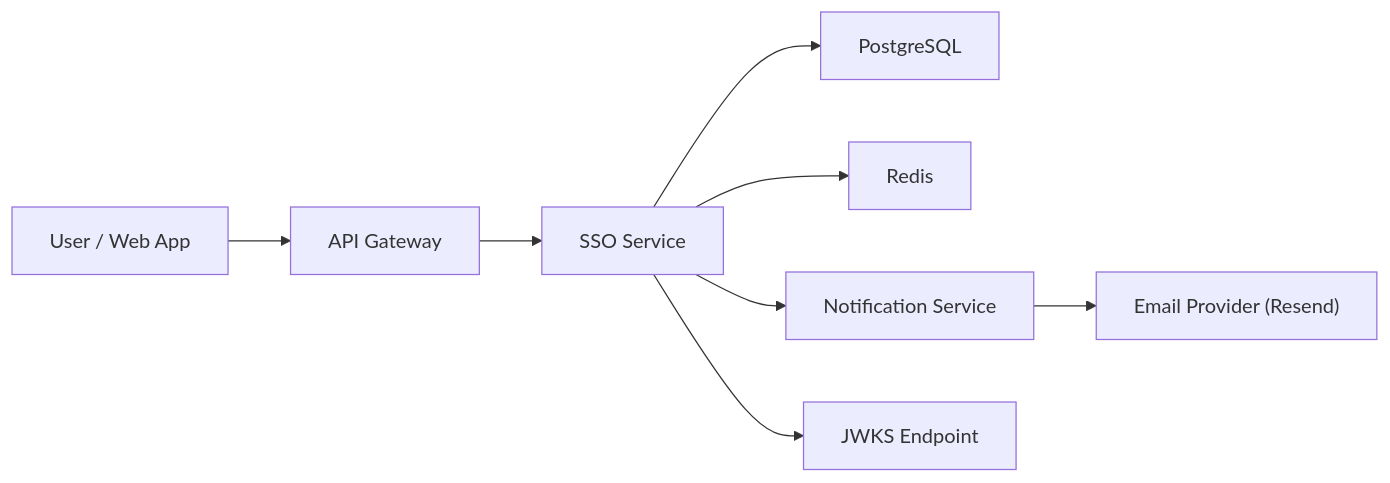
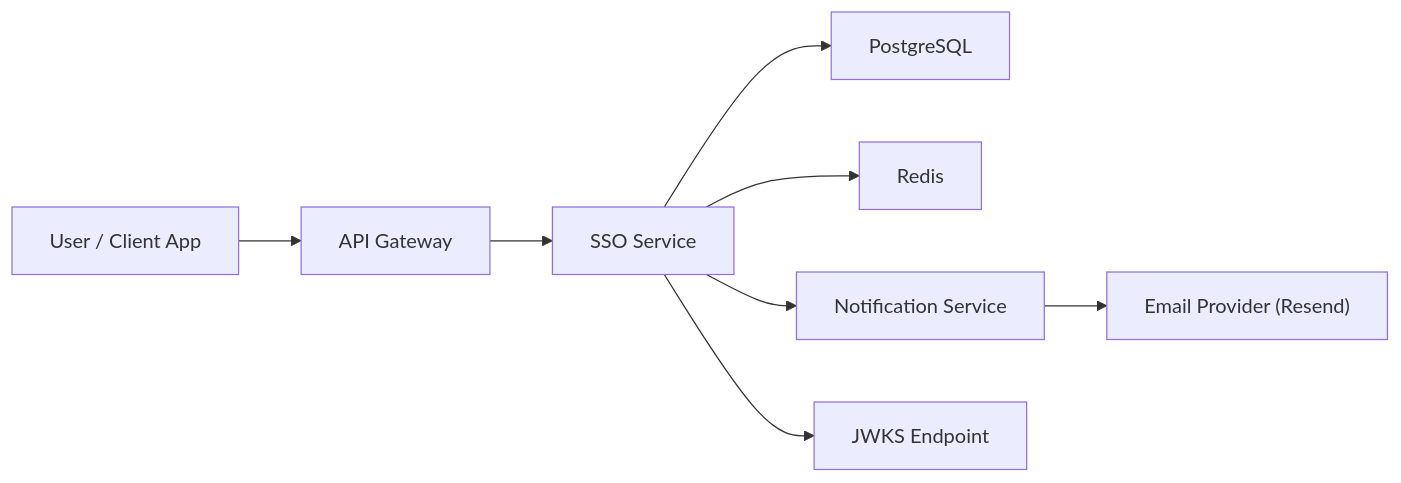
The diagram in README.md (arun65537/sso-service), drawn with Mermaid before and after one commit. The commit also changed other lines of this file, not shown here.

````diff
--- a/README.md
+++ b/README.md
@@ -50,10 +51,10 @@
 ```mermaid
 flowchart LR
-    U["User / Web App"] --> G["API Gateway"]
+    U["User / Client App"] --> G["API Gateway"]
     G --> S["SSO Service"]
     S --> P["PostgreSQL"]
     S --> R["Redis"]
     S --> N["Notification Service"]
     N --> E["Email Provider (Resend)"]
     S --> J["JWKS Endpoint"]
 ```
````
